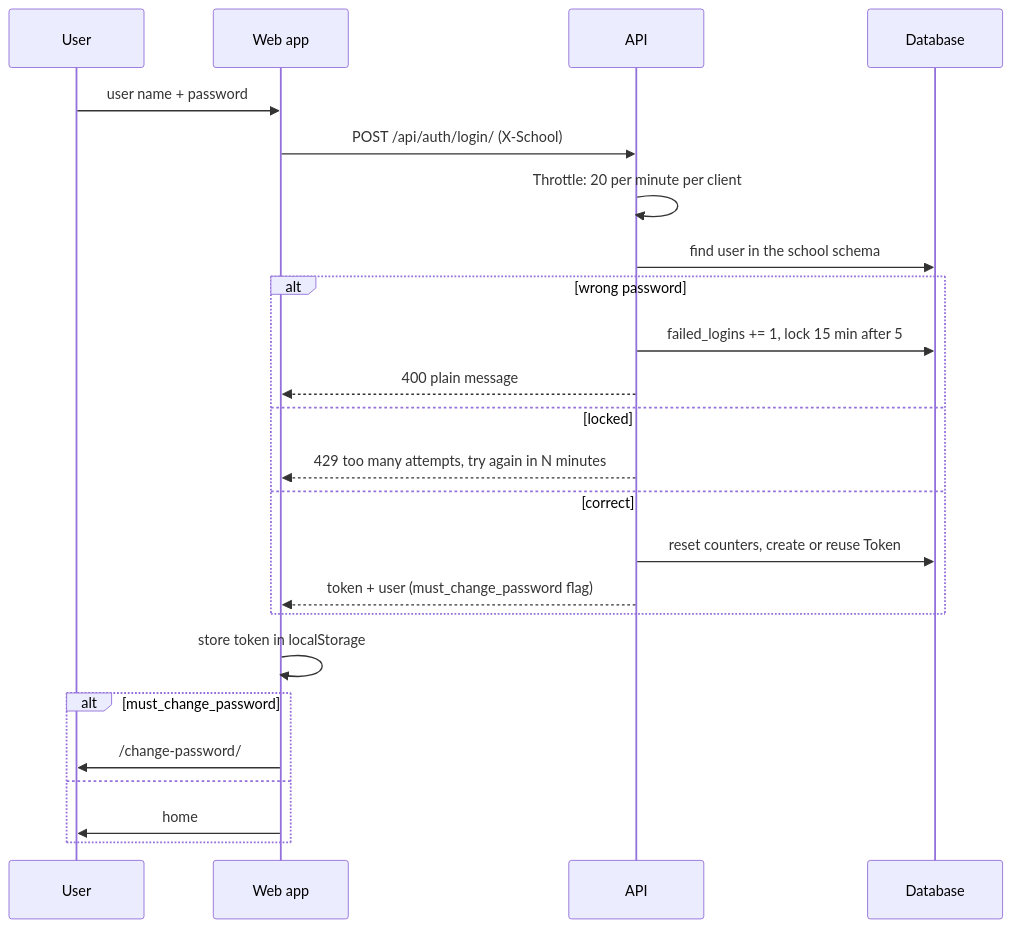
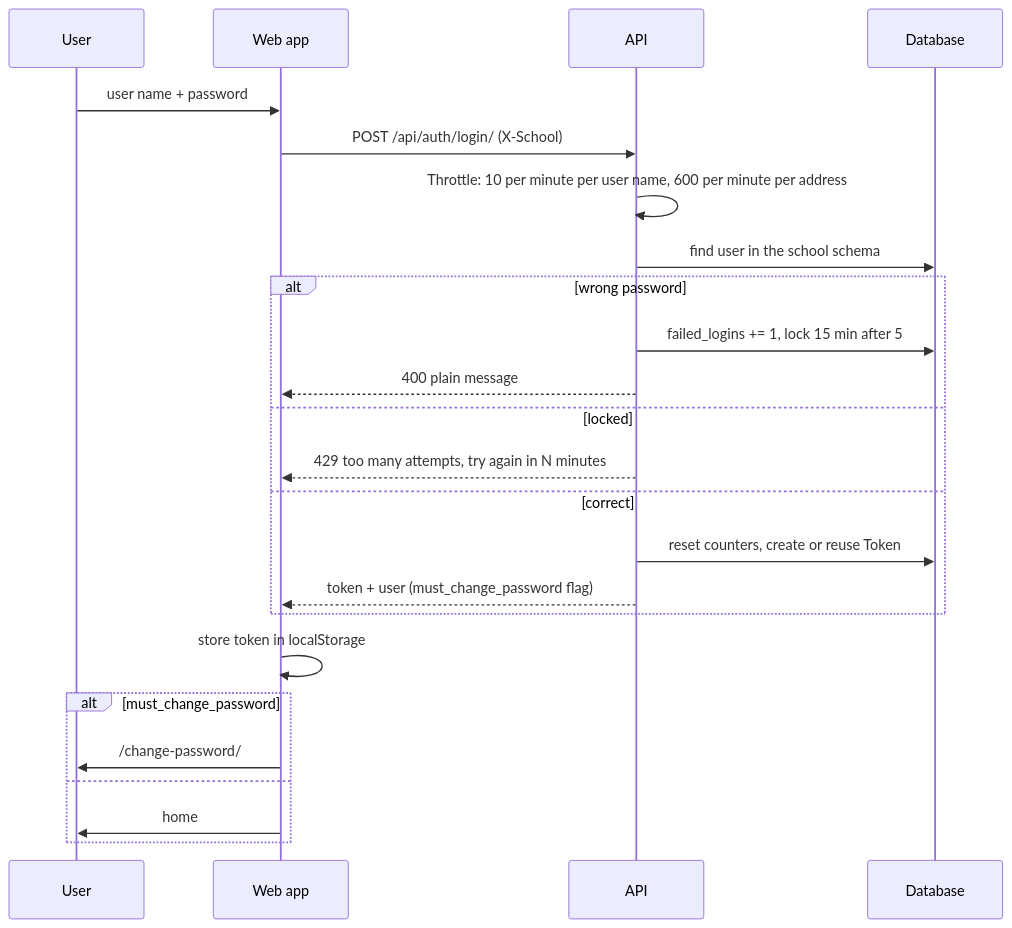
One commit to Predator663/adoresExam changed the fourth of 17 diagrams in docs/TECHNICAL_DOCUMENTATION.md. Above: the diagram before and after it, drawn with Mermaid. The commit also changed other lines of this file and 9 other files, not shown here.

````diff
--- a/docs/TECHNICAL_DOCUMENTATION.md
+++ b/docs/TECHNICAL_DOCUMENTATION.md
@@ -207,26 +207,26 @@
 ```mermaid
 sequenceDiagram
   participant U as User
   participant W as Web app
   participant A as API
   participant DB as Database
   U->>W: user name + password
   W->>A: POST /api/auth/login/ (X-School)
-  A->>A: Throttle: 20 per minute per client
+  A->>A: Throttle: 10 per minute per user name, 600 per minute per address
   A->>DB: find user in the school schema
   alt wrong password
     A->>DB: failed_logins += 1, lock 15 min after 5
     A-->>W: 400 plain message
   else locked
     A-->>W: 429 too many attempts, try again in N minutes
   else correct
     A->>DB: reset counters, create or reuse Token
     A-->>W: token + user (must_change_password flag)
   end
   W->>W: store token in localStorage
   alt must_change_password
     W->>U: /change-password/
   else
     W->>U: home
   end
 ```
````
